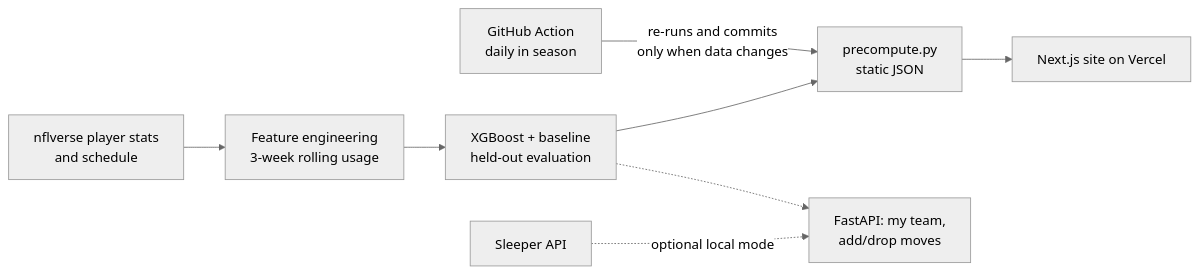
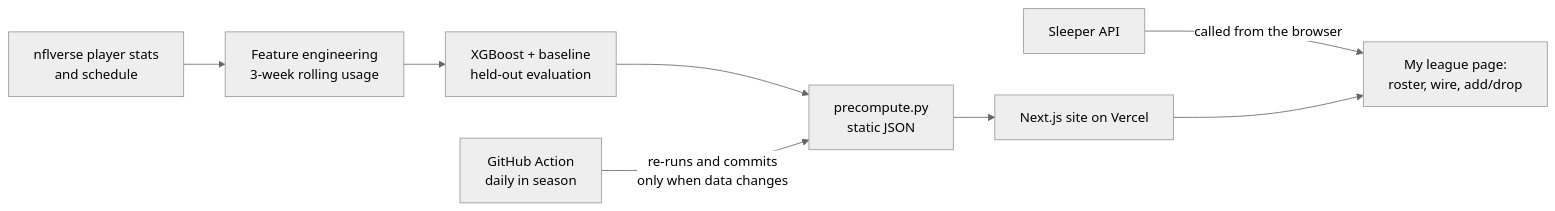
The diagram in README.md (sahgat11/FourthDownAI), drawn with Mermaid (neutral theme) before and after one commit. The commit also changed other lines of this file and 7 other files, not shown here.

Commit message:
README and screenshots for the redesign and league moves

````diff
--- a/README.md
+++ b/README.md
@@ -40,10 +49,10 @@
 ```mermaid
 flowchart LR
   A[nflverse player stats<br/>and schedule] --> B[Feature engineering<br/>3-week rolling usage]
   B --> C[XGBoost + baseline<br/>held-out evaluation]
   C --> D[precompute.py<br/>static JSON]
   D --> E[Next.js site on Vercel]
   F[GitHub Action<br/>daily in season] -->|re-runs and commits<br/>only when data changes| D
-  G[Sleeper API] -.->|optional local mode| H[FastAPI: my team,<br/>add/drop moves]
-  C -.-> H
+  G[Sleeper API] -->|called from the browser| I[My league page:<br/>roster, wire, add/drop]
+  E --> I
 ```
````
